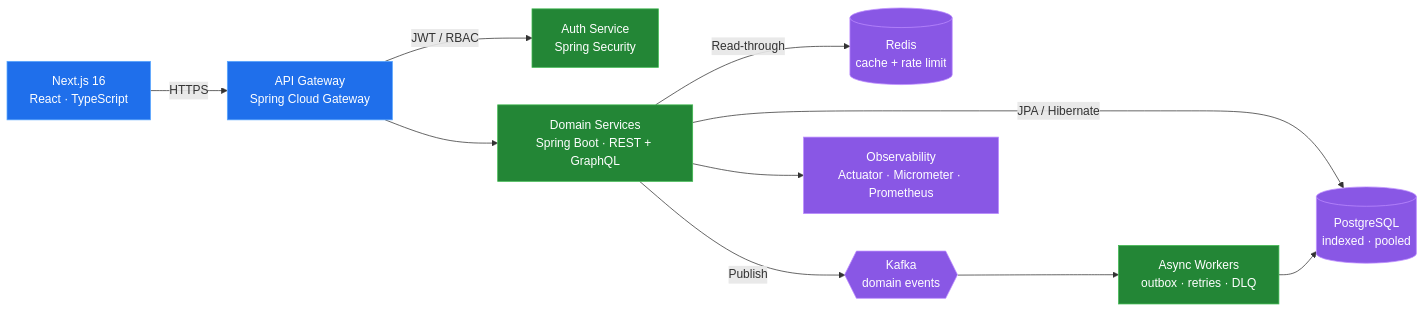
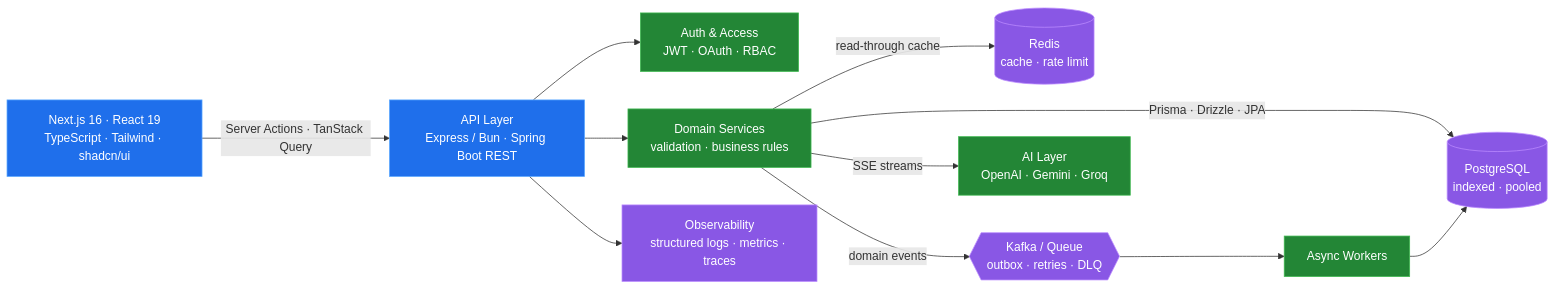
Before and after one commit to swadesh-231/swadesh-231: the diagram in README.md, drawn with Mermaid. The commit also changed other lines of this file, not shown here.

````diff
--- a/README.md
+++ b/README.md
@@ -82,22 +72,24 @@
 ```mermaid
 flowchart LR
-    C["Next.js 16<br/>React · TypeScript"] -->|HTTPS| GW["API Gateway<br/>Spring Cloud Gateway"]
-    GW -->|JWT / RBAC| AUTH["Auth Service<br/>Spring Security"]
-    GW --> SVC["Domain Services<br/>Spring Boot · REST + GraphQL"]
+    UI["Next.js 16 · React 19<br/>TypeScript · Tailwind · shadcn/ui"]
+    UI -->|"Server Actions · TanStack Query"| API["API Layer<br/>Express / Bun · Spring Boot REST"]
 
-    SVC -->|Read-through| RD[("Redis<br/>cache + rate limit")]
-    SVC -->|JPA / Hibernate| PG[("PostgreSQL<br/>indexed · pooled")]
-    SVC -->|Publish| K{{"Kafka<br/>domain events"}}
+    API --> AUTH["Auth &amp; Access<br/>JWT · OAuth · RBAC"]
+    API --> SVC["Domain Services<br/>validation · business rules"]
 
-    K --> WRK["Async Workers<br/>outbox · retries · DLQ"]
+    SVC -->|"Prisma · Drizzle · JPA"| PG[("PostgreSQL<br/>indexed · pooled")]
+    SVC -->|"read-through cache"| RD[("Redis<br/>cache · rate limit")]
+    SVC -->|"domain events"| K{{"Kafka / Queue<br/>outbox · retries · DLQ"}}
+    SVC -->|"SSE streams"| AI["AI Layer<br/>OpenAI · Gemini · Groq"]
+
+    K --> WRK["Async Workers"]
     WRK --> PG
-
-    SVC --> OBS["Observability<br/>Actuator · Micrometer · Prometheus"]
+    API --> OBS["Observability<br/>structured logs · metrics · traces"]
 
     classDef edge fill:#1f6feb,stroke:#58a6ff,color:#fff
     classDef core fill:#238636,stroke:#3fb950,color:#fff
     classDef data fill:#8957e5,stroke:#bc8cff,color:#fff
-    class C,GW edge
-    class AUTH,SVC,WRK core
-    class RD,PG,K,OBS data
+    class UI,API edge
+    class AUTH,SVC,WRK,AI core
+    class PG,RD,K,OBS data
 ```
````
